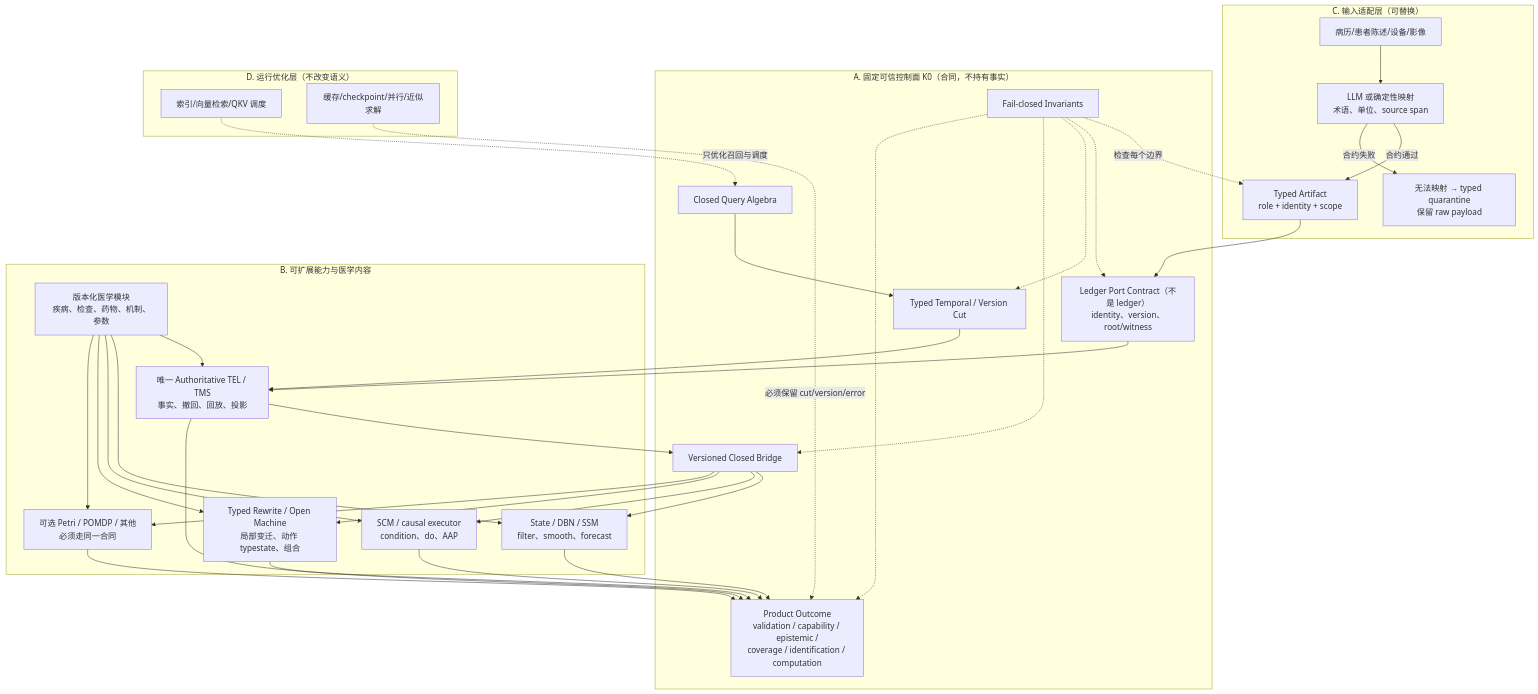
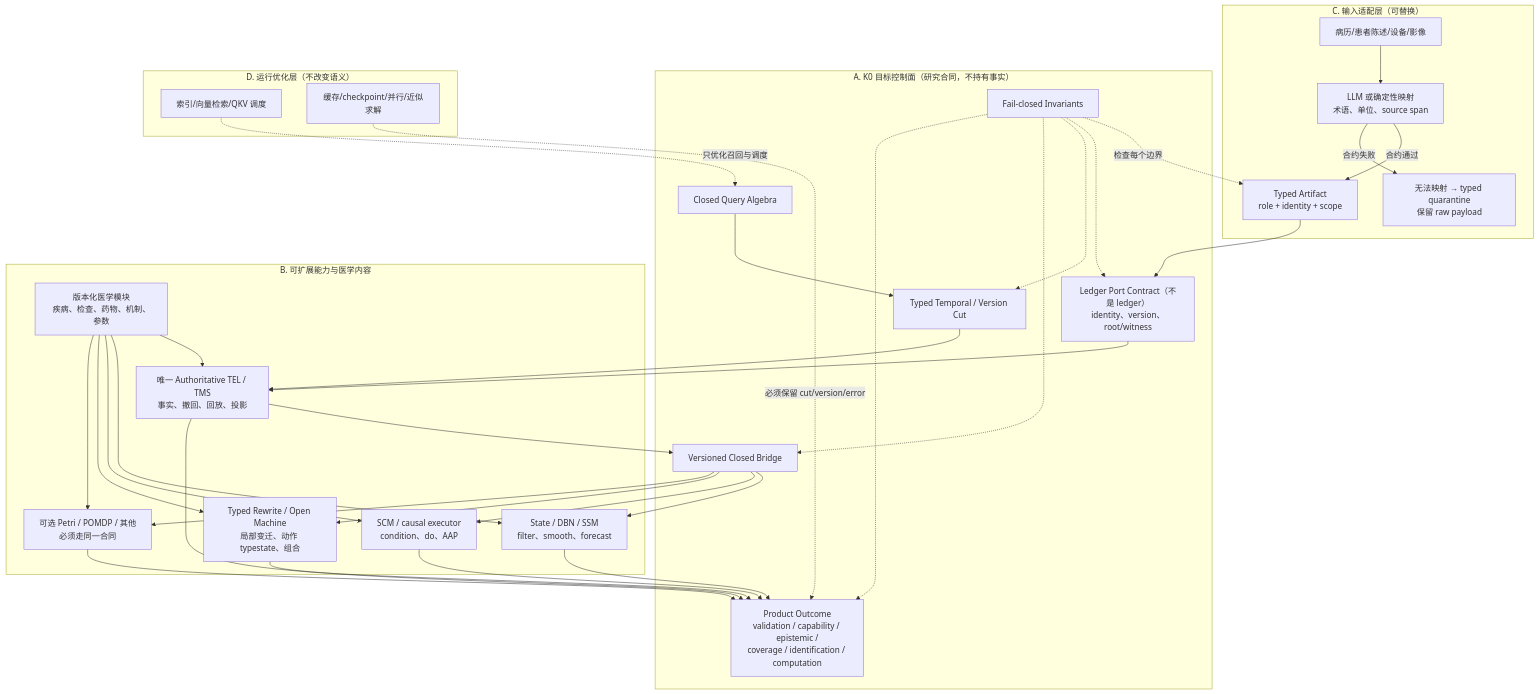
The first of 2 diagrams in ARCHITECTURE.md (itosa-kazu/VeSMed-v5), drawn with Mermaid before and after one commit. The commit also changed other lines of this file and 16 other files, not shown here.

Commit message:
Report bridge holdout failure and reopen architecture

````diff
--- a/ARCHITECTURE.md
+++ b/ARCHITECTURE.md
@@ -19,62 +19,62 @@
 ```mermaid
 flowchart TB
     subgraph C["C. 输入适配层（可替换）"]
       NL["病历/患者陈述/设备/影像"]
       MAP["LLM 或确定性映射\n术语、单位、source span"]
       QN["无法映射 → typed quarantine\n保留 raw payload"]
       NL --> MAP
       MAP -->|"合约通过"| ING
       MAP -->|"合约失败"| QN
     end
 
-    subgraph K0["A. 固定可信控制面 K0（合同，不持有事实）"]
+    subgraph K0["A. K0 目标控制面（研究合同，不持有事实）"]
       ING["Typed Artifact\nrole + identity + scope"]
       LED["Ledger Port Contract（不是 ledger）\nidentity、version、root/witness"]
       CUT["Typed Temporal / Version Cut"]
       QA["Closed Query Algebra"]
       BR["Versioned Closed Bridge"]
       OUT["Product Outcome\nvalidation / capability / epistemic /\ncoverage / identification / computation"]
       INV["Fail-closed Invariants"]
       ING --> LED
       QA --> CUT
       INV -."检查每个边界".-> ING
       INV -.-> LED
       INV -.-> CUT
       INV -.-> BR
       INV -.-> OUT
     end
 
     subgraph B["B. 可扩展能力与医学内容"]
       TEL["唯一 Authoritative TEL / TMS\n事实、撤回、回放、投影"]
       SSM["State / DBN / SSM\nfilter、smooth、forecast"]
       SCM["SCM / causal executor\ncondition、do、AAP"]
       RW["Typed Rewrite / Open Machine\n局部变迁、动作 typestate、组合"]
       OTH["可选 Petri / POMDP / 其他\n必须走同一合同"]
       MED["版本化医学模块\n疾病、检查、药物、机制、参数"]
       MED --> TEL
       MED --> SSM
       MED --> SCM
       MED --> RW
       MED --> OTH
     end
 
     LED --> TEL
     CUT --> TEL
     TEL --> BR
     BR --> SSM
     BR --> SCM
     BR --> RW
     BR --> OTH
     TEL --> OUT
     SSM --> OUT
     SCM --> OUT
     RW --> OUT
     OTH --> OUT
 
     subgraph D["D. 运行优化层（不改变语义）"]
       IDX["索引/向量检索/QKV 调度"]
       CACHE["缓存/checkpoint/并行/近似求解"]
     end
     IDX -."只优化召回与调度".-> QA
     CACHE -."必须保留 cut/version/error".-> OUT
 ```
````
